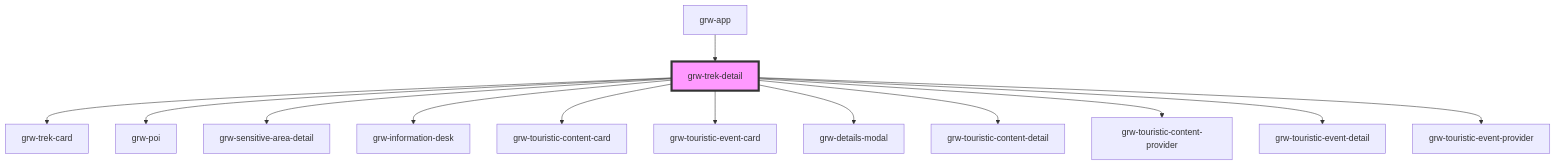
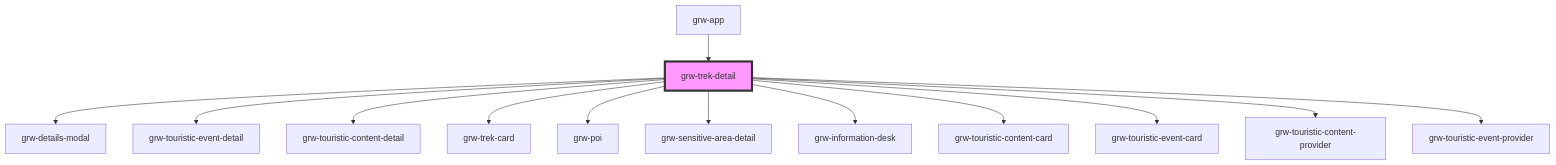
One commit to GeotrekCE/Geotrek-rando-widget changed the diagram in src/components/grw-trek-detail/readme.md. Above: the diagram before and after it, drawn with Mermaid. The commit also changed other lines of this file and 24 other files, not shown here.

````diff
--- a/src/components/grw-trek-detail/readme.md
+++ b/src/components/grw-trek-detail/readme.md
@@ -207,16 +207,16 @@
 ```mermaid
 graph TD;
+  grw-trek-detail --> grw-details-modal
+  grw-trek-detail --> grw-touristic-event-detail
+  grw-trek-detail --> grw-touristic-content-detail
   grw-trek-detail --> grw-trek-card
   grw-trek-detail --> grw-poi
   grw-trek-detail --> grw-sensitive-area-detail
   grw-trek-detail --> grw-information-desk
   grw-trek-detail --> grw-touristic-content-card
   grw-trek-detail --> grw-touristic-event-card
-  grw-trek-detail --> grw-details-modal
-  grw-trek-detail --> grw-touristic-content-detail
   grw-trek-detail --> grw-touristic-content-provider
-  grw-trek-detail --> grw-touristic-event-detail
   grw-trek-detail --> grw-touristic-event-provider
   grw-app --> grw-trek-detail
   style grw-trek-detail fill:#f9f,stroke:#333,stroke-width:4px
 ```
````
